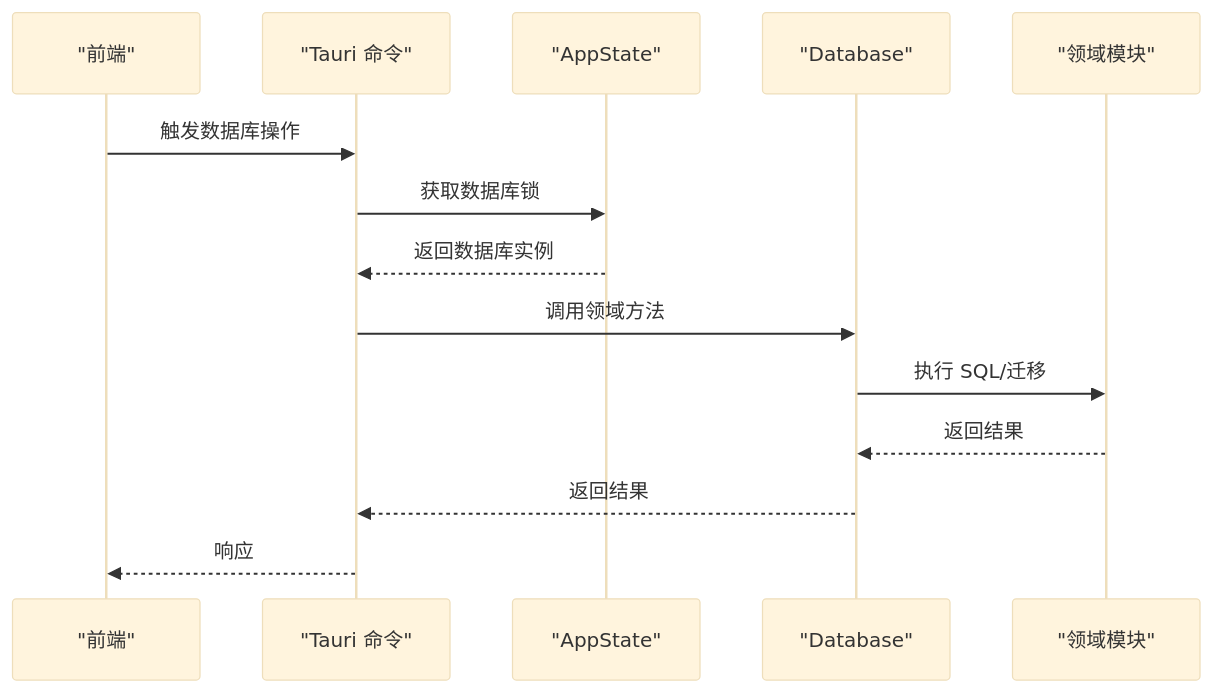
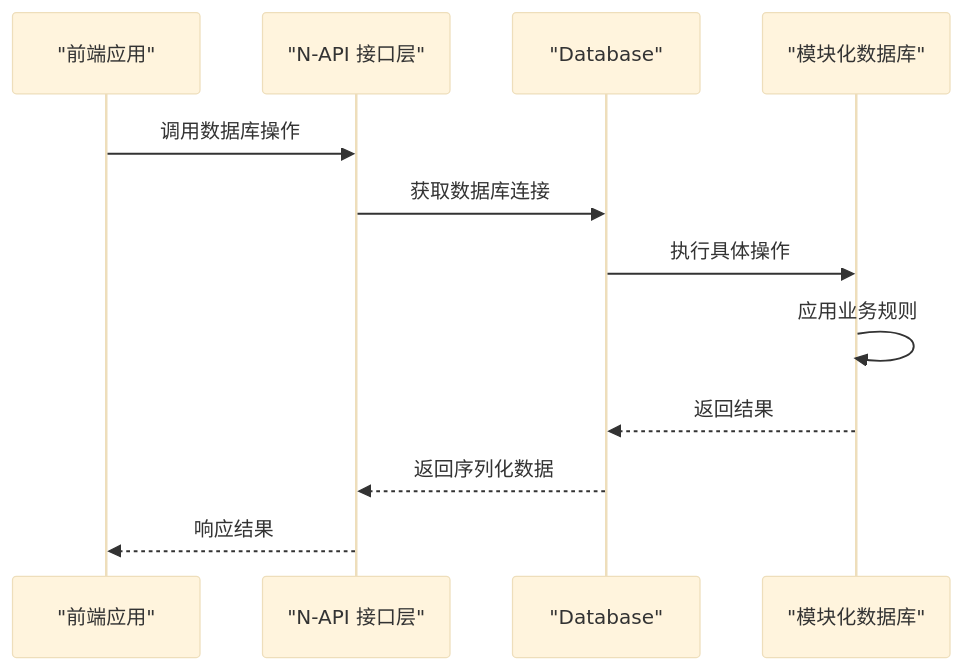
One commit to baike08/cosurf changed the second of 5 diagrams in .qoder/repowiki/zh/content/数据库设计/数据库设计.md. Above: the diagram before and after it, drawn with Mermaid (base theme). The commit also changed other lines of this file and 23 other files, not shown here.

````diff
--- a/.qoder/repowiki/zh/content/数据库设计/数据库设计.md
+++ b/.qoder/repowiki/zh/content/数据库设计/数据库设计.md
@@ -135,16 +110,14 @@
 ```mermaid
 sequenceDiagram
-participant UI as "前端"
-participant CMD as "Tauri 命令"
-participant STATE as "AppState"
+participant UI as "前端应用"
+participant NAPI as "N-API 接口层"
 participant DB as "Database"
-participant MOD as "领域模块"
-UI->>CMD : 触发数据库操作
-CMD->>STATE : 获取数据库锁
-STATE-->>CMD : 返回数据库实例
-CMD->>DB : 调用领域方法
-DB->>MOD : 执行 SQL/迁移
+participant MOD as "模块化数据库"
+UI->>NAPI : 调用数据库操作
+NAPI->>DB : 获取数据库连接
+DB->>MOD : 执行具体操作
+MOD->>MOD : 应用业务规则
 MOD-->>DB : 返回结果
-DB-->>CMD : 返回结果
-CMD-->>UI : 响应
+DB-->>NAPI : 返回序列化数据
+NAPI-->>UI : 响应结果
 ```
````
